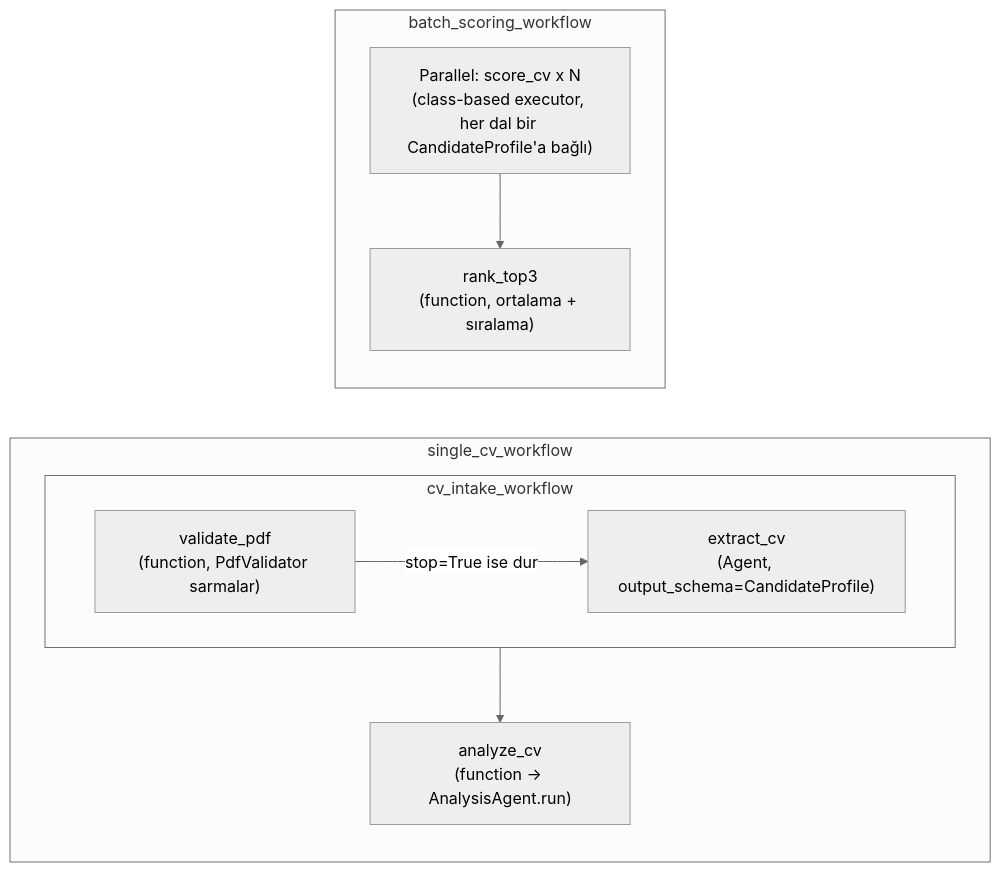
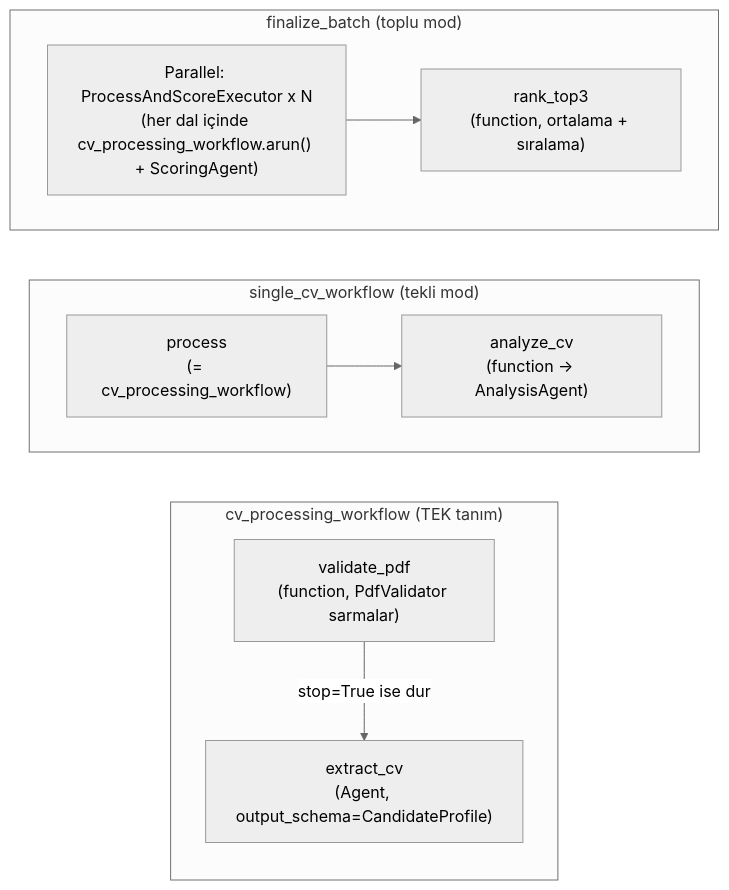
One commit to Wijt/hr-ai-agent-telegram changed the third of 3 diagrams in ARCHITECTURE.md. Above: the diagram before and after it, drawn with Mermaid (neutral theme). The commit also changed other lines of this file and 1 other file, not shown here.

Commit message:
docs: unify single/batch CV flow around one shared cv_processing_workflow, add KISS working principles and staged rollout plan

````diff
--- a/ARCHITECTURE.md
+++ b/ARCHITECTURE.md
@@ -130,12 +137,14 @@
 ```mermaid
 flowchart LR
-    subgraph cv_intake_workflow
+    subgraph cv_processing_workflow["cv_processing_workflow (TEK tanım)"]
         V["validate_pdf<br/>(function, PdfValidator sarmalar)"] -->|stop=True ise dur| E["extract_cv<br/>(Agent, output_schema=CandidateProfile)"]
     end
-    subgraph single_cv_workflow
-        cv_intake_workflow --> AN["analyze_cv<br/>(function → AnalysisAgent.run)"]
+    subgraph single["single_cv_workflow (tekli mod)"]
+        direction LR
+        P1["process<br/>(= cv_processing_workflow)"] --> AN["analyze_cv<br/>(function → AnalysisAgent)"]
     end
-    subgraph batch_scoring_workflow
-        P["Parallel: score_cv x N<br/>(class-based executor, her dal bir CandidateProfile'a bağlı)"] --> R["rank_top3<br/>(function, ortalama + sıralama)"]
+    subgraph batch["finalize_batch (toplu mod)"]
+        direction LR
+        PAR["Parallel: ProcessAndScoreExecutor x N<br/>(her dal içinde cv_processing_workflow.arun() + ScoringAgent)"] --> R["rank_top3<br/>(function, ortalama + sıralama)"]
     end
 ```
````
